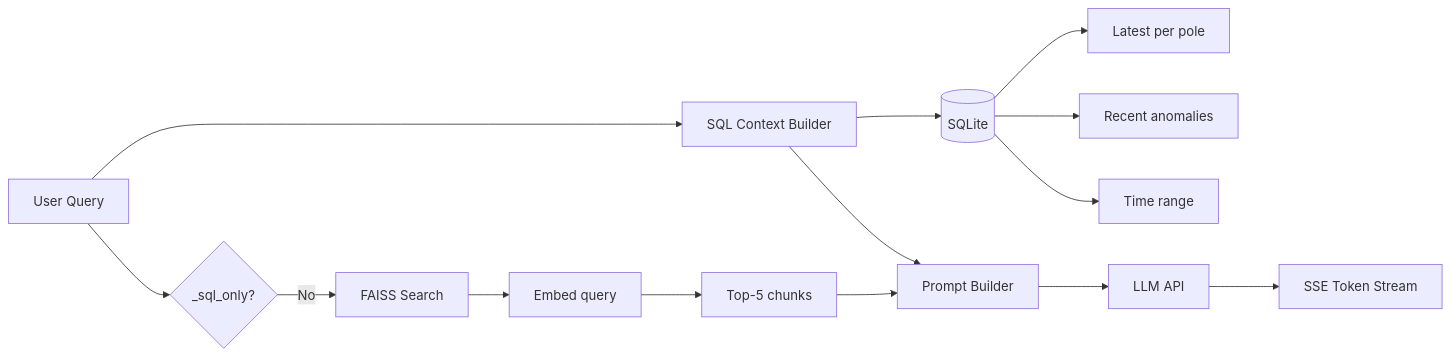
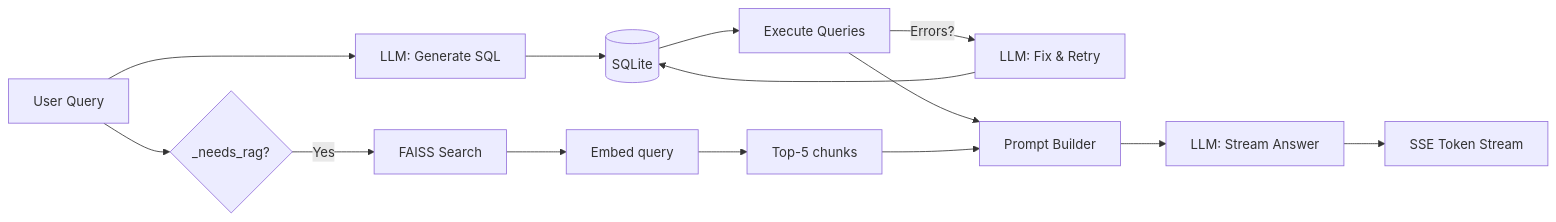
The diagram in docs/docs/ai-service/rag-pipeline.md (Muchagato/CogniLight), drawn with Mermaid before and after one commit. The commit also changed other lines of this file and 8 other files, not shown here.

First line of the commit message:
feat(ai-service): replace hardcoded SQL with LLM-generated text-to-SQL queries

````diff
--- a/docs/docs/ai-service/rag-pipeline.md
+++ b/docs/docs/ai-service/rag-pipeline.md
@@ -9,19 +9,18 @@
 ```mermaid
 graph LR
-    Q[User Query] --> CLASSIFY{_sql_only?}
-    Q --> SQL[SQL Context Builder]
+    Q[User Query] --> GEN[LLM: Generate SQL]
+    GEN --> DB[(SQLite)]
+    DB --> EXEC[Execute Queries]
+    EXEC -->|Errors?| RETRY[LLM: Fix & Retry]
+    RETRY --> DB
 
-    SQL --> DB[(SQLite)]
-    DB --> SNAPSHOT[Latest per pole]
-    DB --> ANOMALIES[Recent anomalies]
-    DB --> RANGE[Time range]
-
-    CLASSIFY -->|No| RAG[FAISS Search]
+    Q --> CLASSIFY{_needs_rag?}
+    CLASSIFY -->|Yes| RAG[FAISS Search]
     RAG --> EMBED[Embed query]
     EMBED --> SEARCH[Top-5 chunks]
 
-    SQL --> PROMPT[Prompt Builder]
+    EXEC --> PROMPT[Prompt Builder]
     SEARCH --> PROMPT
-    PROMPT --> LLM[LLM API]
-    LLM --> STREAM[SSE Token Stream]
+    PROMPT --> LLM2[LLM: Stream Answer]
+    LLM2 --> STREAM[SSE Token Stream]
 ```
````
